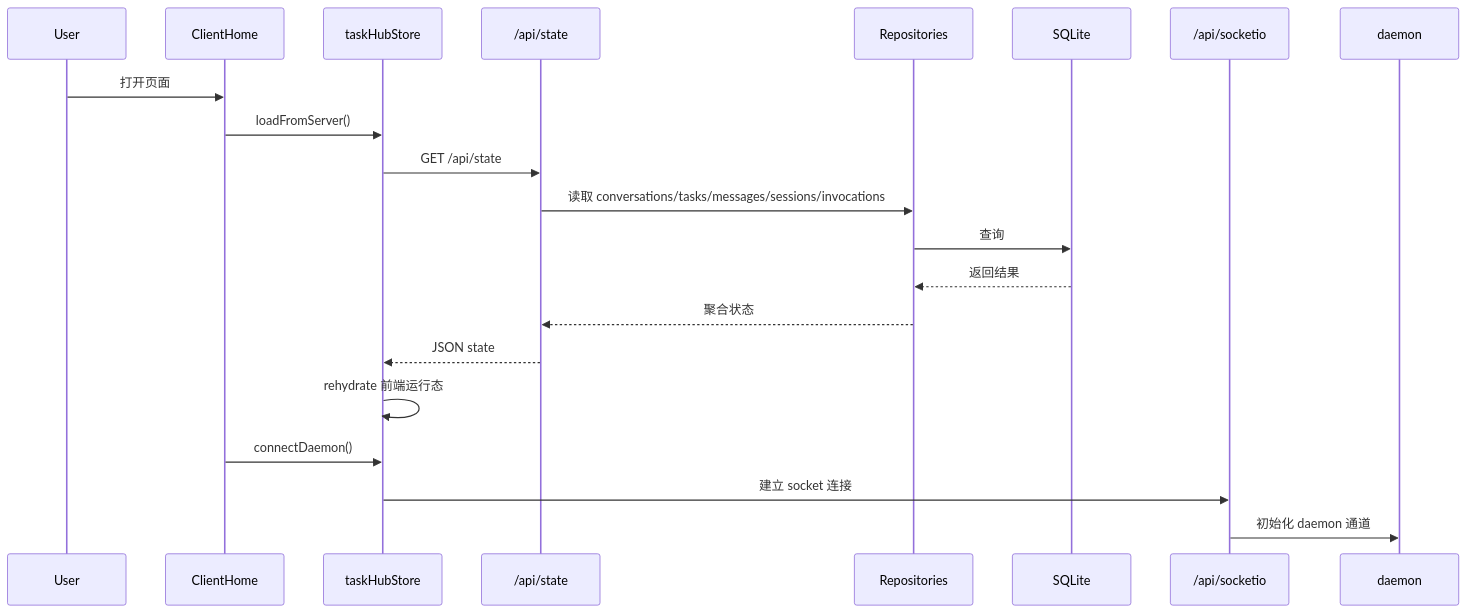
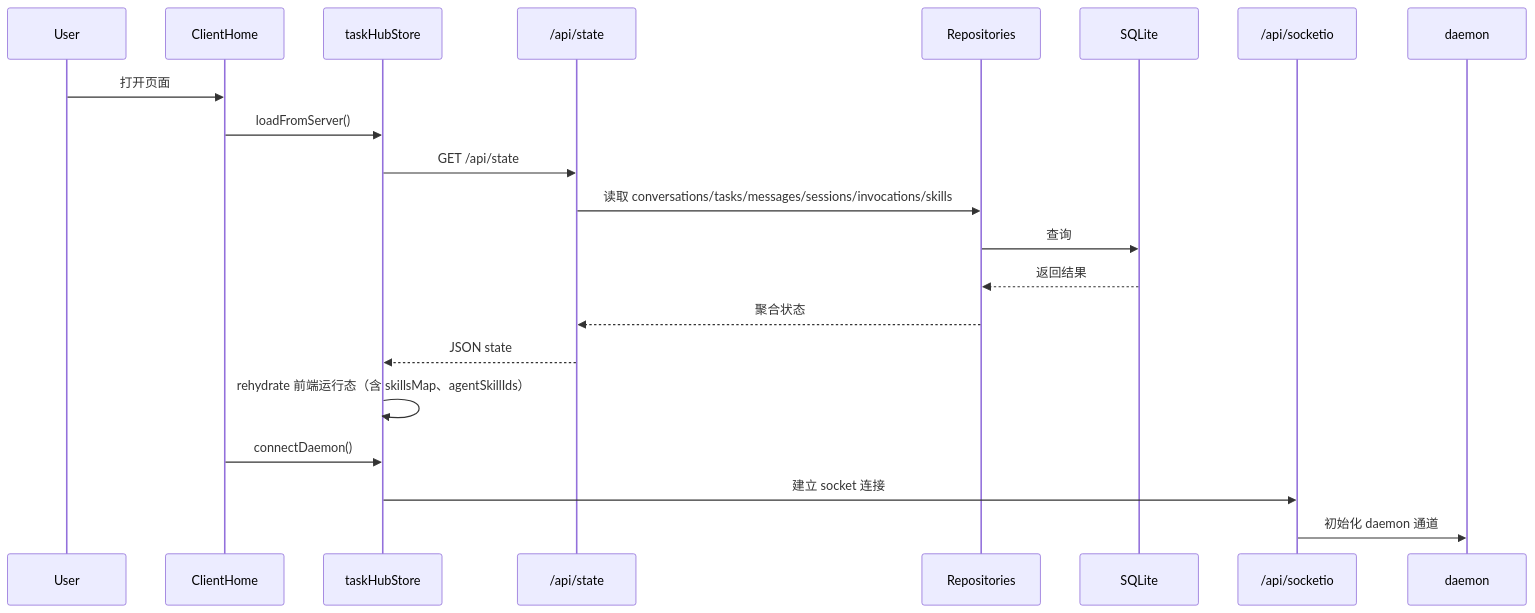
The second of 4 diagrams in docs/wiki/07-architecture-diagrams.md (changhuaqiu/agent-task-team), drawn with Mermaid before and after one commit. The commit also changed other lines of this file and 9 other files, not shown here.

First line of the commit message:
docs: update architecture docs for skill system

````diff
--- a/docs/wiki/07-architecture-diagrams.md
+++ b/docs/wiki/07-architecture-diagrams.md
@@ -102,24 +108,24 @@
 ```mermaid
 sequenceDiagram
   participant User as User
   participant UI as ClientHome
   participant Store as taskHubStore
   participant StateAPI as /api/state
   participant Repo as Repositories
   participant DB as SQLite
   participant Socket as /api/socketio
   participant Daemon as daemon
 
   User->>UI: 打开页面
   UI->>Store: loadFromServer()
   Store->>StateAPI: GET /api/state
-  StateAPI->>Repo: 读取 conversations/tasks/messages/sessions/invocations
+  StateAPI->>Repo: 读取 conversations/tasks/messages/sessions/invocations/skills
   Repo->>DB: 查询
   DB-->>Repo: 返回结果
   Repo-->>StateAPI: 聚合状态
   StateAPI-->>Store: JSON state
-  Store->>Store: rehydrate 前端运行态
+  Store->>Store: rehydrate 前端运行态（含 skillsMap、agentSkillIds）
   UI->>Store: connectDaemon()
   Store->>Socket: 建立 socket 连接
   Socket->>Daemon: 初始化 daemon 通道
 ```
````
